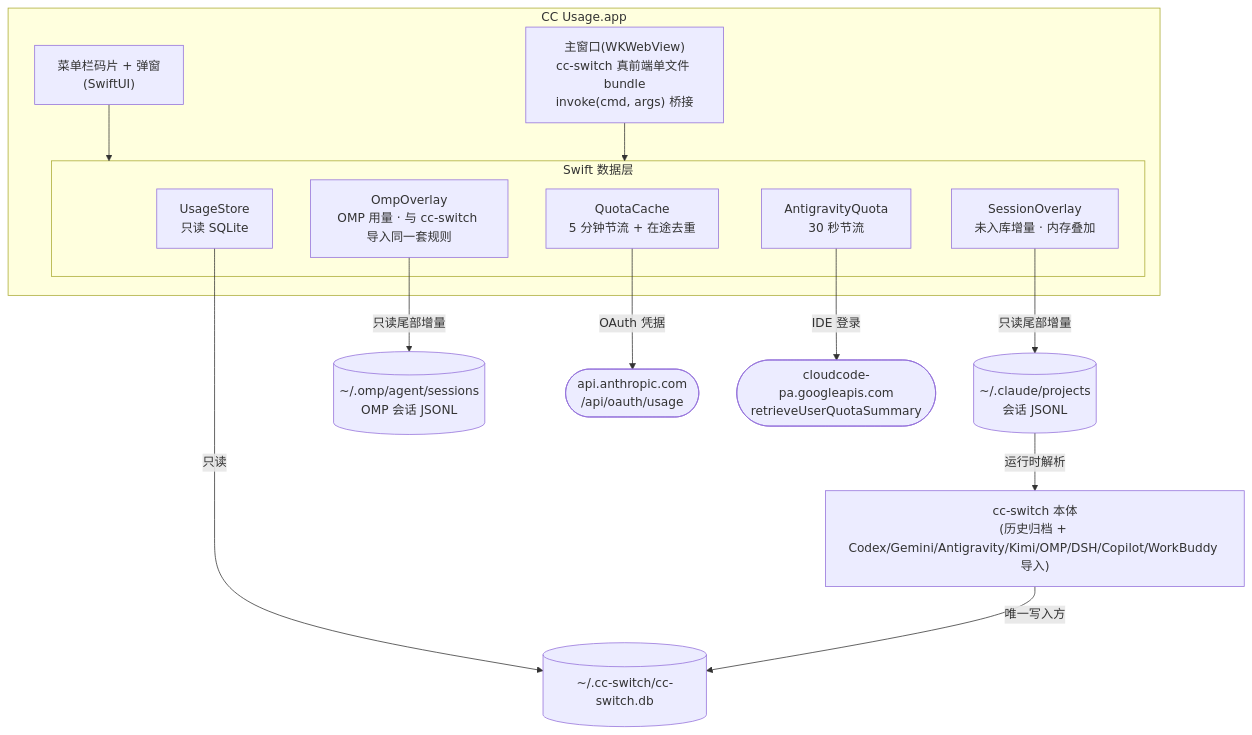
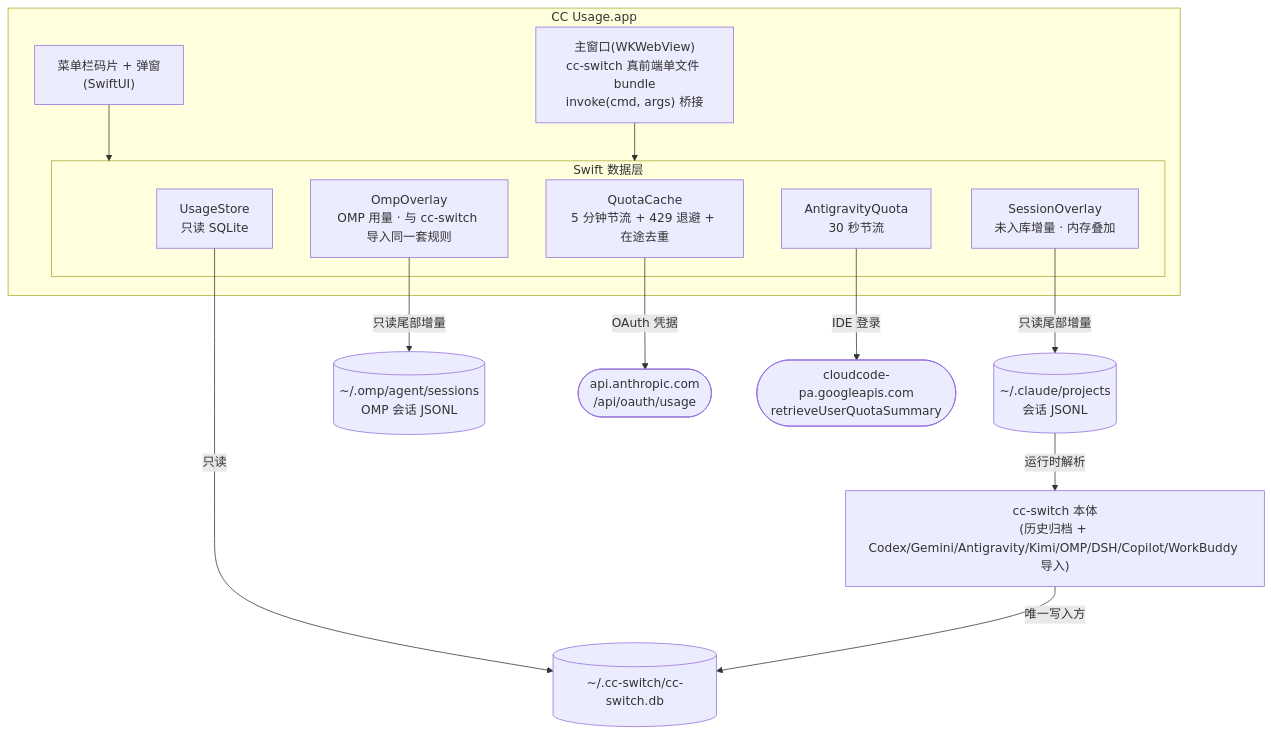
One commit to Eureka0w0v0/cc-usage changed the diagram in README.zh-CN.md. Above: the diagram before and after it, drawn with Mermaid. The commit also changed other lines of this file and 1 other file, not shown here.

````diff
--- a/README.zh-CN.md
+++ b/README.zh-CN.md
@@ -85,30 +85,30 @@
 ```mermaid
 flowchart TB
     subgraph app["CC Usage.app"]
         menubar["菜单栏码片 + 弹窗<br/>(SwiftUI)"]
         panel["主窗口(WKWebView)<br/>cc-switch 真前端单文件 bundle<br/>invoke(cmd, args) 桥接"]
         subgraph layer["Swift 数据层"]
             UsageStore["UsageStore<br/>只读 SQLite"]
             SessionOverlay["SessionOverlay<br/>未入库增量 · 内存叠加"]
             OmpOverlay["OmpOverlay<br/>OMP 用量 · 与 cc-switch 导入同一套规则"]
             AgyQuota["AntigravityQuota<br/>30 秒节流"]
-            QuotaCache["QuotaCache<br/>5 分钟节流 + 在途去重"]
+            QuotaCache["QuotaCache<br/>5 分钟节流 + 429 退避 + 在途去重"]
         end
         menubar --> layer
         panel --> layer
     end
     db[("~/.cc-switch/cc-switch.db")]
     jsonl[("~/.claude/projects<br/>会话 JSONL")]
     ompjsonl[("~/.omp/agent/sessions<br/>OMP 会话 JSONL")]
     api(["api.anthropic.com<br/>/api/oauth/usage"])
     google(["cloudcode-pa.googleapis.com<br/>retrieveUserQuotaSummary"])
     ccswitch["cc-switch 本体<br/>(历史归档 + Codex/Gemini/Antigravity/Kimi/OMP/DSH/Copilot/WorkBuddy 导入)"]
 
     UsageStore -->|"只读"| db
     SessionOverlay -->|"只读尾部增量"| jsonl
     OmpOverlay -->|"只读尾部增量"| ompjsonl
     QuotaCache -->|"OAuth 凭据"| api
     AgyQuota -->|"IDE 登录"| google
     jsonl -->|"运行时解析"| ccswitch
     ccswitch -->|"唯一写入方"| db
 ```
````
